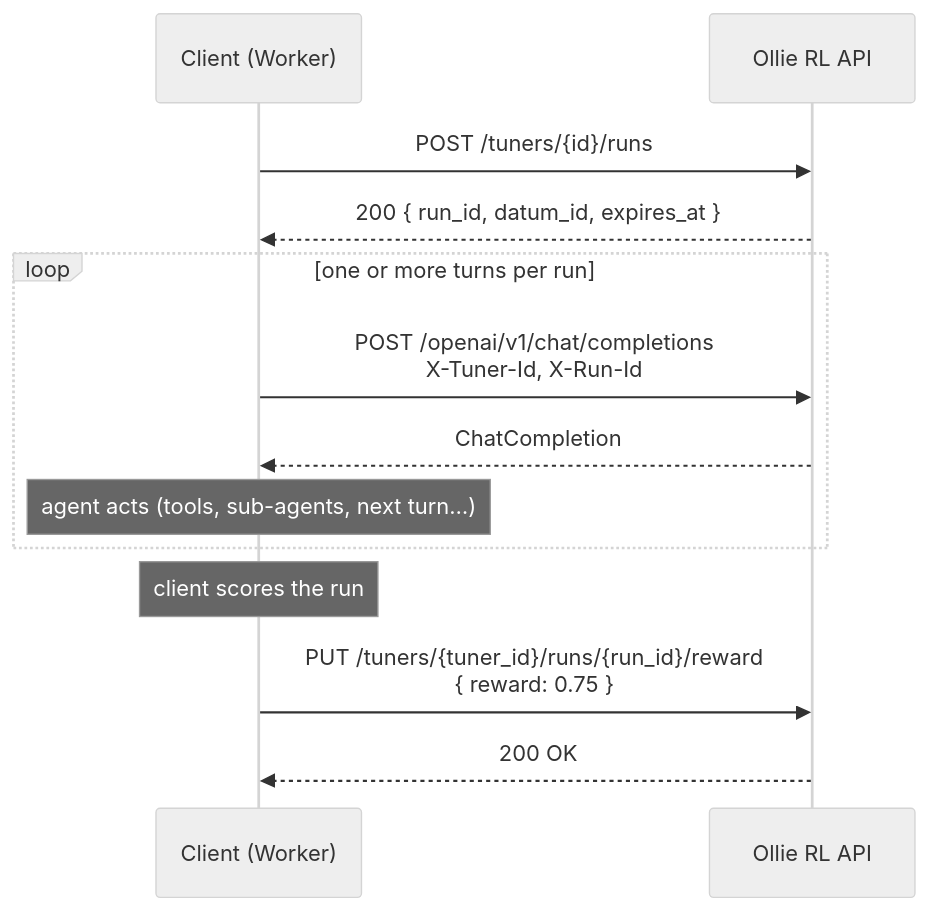
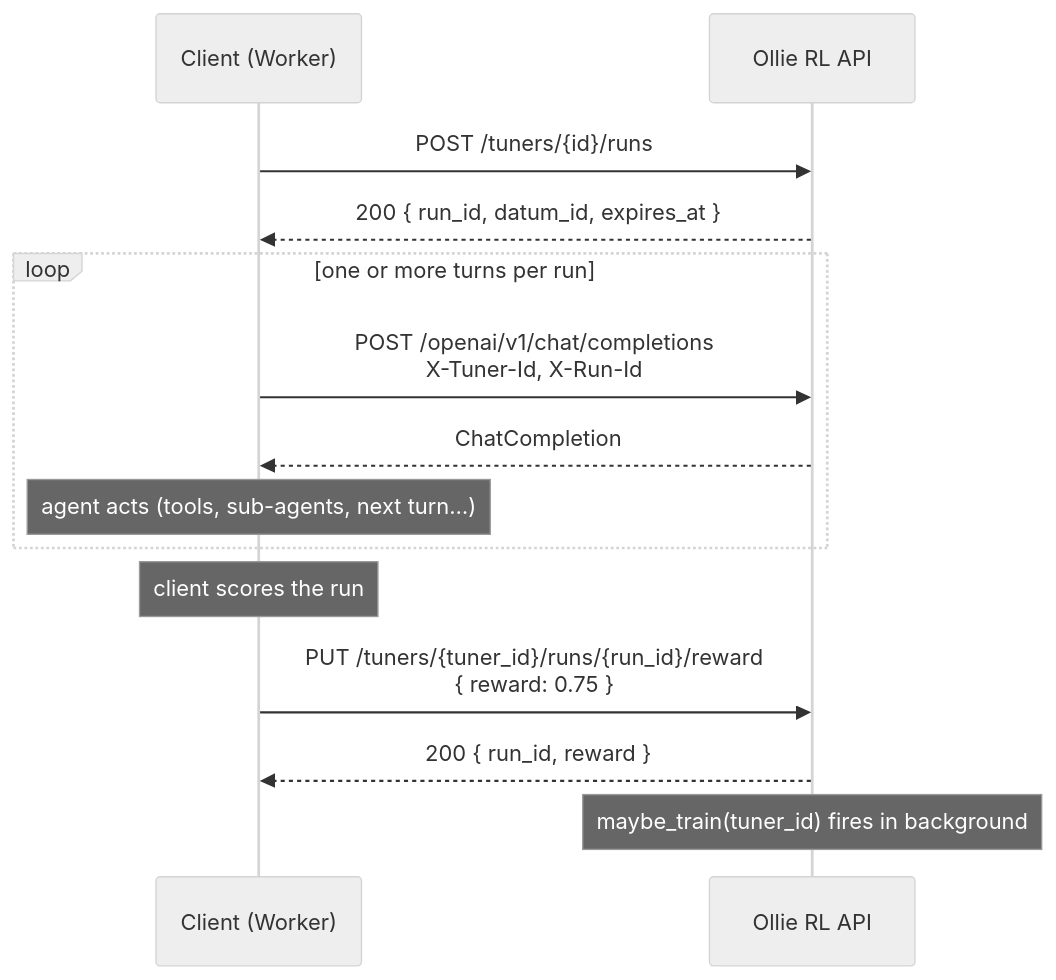
One commit to wsxiaoys/ollie-rl changed the second of 2 diagrams in .agents/skills/dev/references/sync-rl.md. Above: the diagram before and after it, drawn with Mermaid (neutral theme). The commit also changed other lines of this file and 17 other files, not shown here.

````diff
--- a/.agents/skills/dev/references/sync-rl.md
+++ b/.agents/skills/dev/references/sync-rl.md
@@ -82,16 +98,17 @@
 ```mermaid
 sequenceDiagram
     participant C as Client (Worker)
     participant API as Ollie RL API
 
     C->>API: POST /tuners/{id}/runs
     API-->>C: 200 { run_id, datum_id, expires_at }
     loop one or more turns per run
         C->>API: POST /openai/v1/chat/completions<br/>X-Tuner-Id, X-Run-Id
         API-->>C: ChatCompletion
         Note over C: agent acts (tools, sub-agents, next turn…)
     end
     Note over C: client scores the run
     C->>API: PUT /tuners/{tuner_id}/runs/{run_id}/reward<br/>{ reward: 0.75 }
-    API-->>C: 200 OK
+    API-->>C: 200 { run_id, reward }
+    Note over API: maybe_train(tuner_id) fires in background
 ```
````
